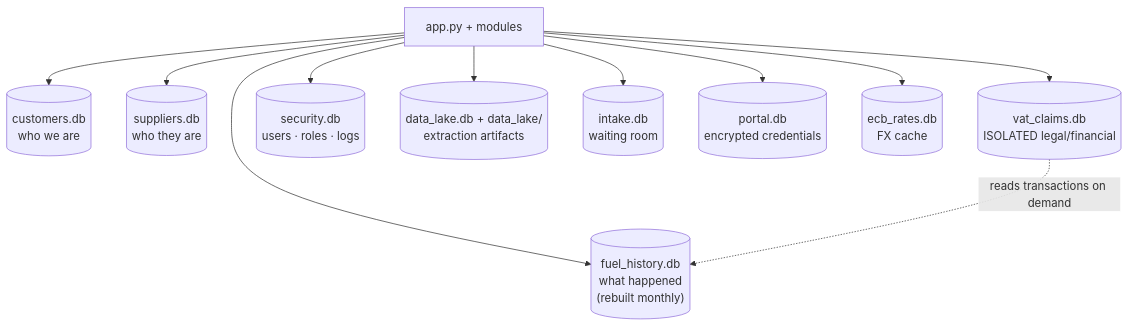
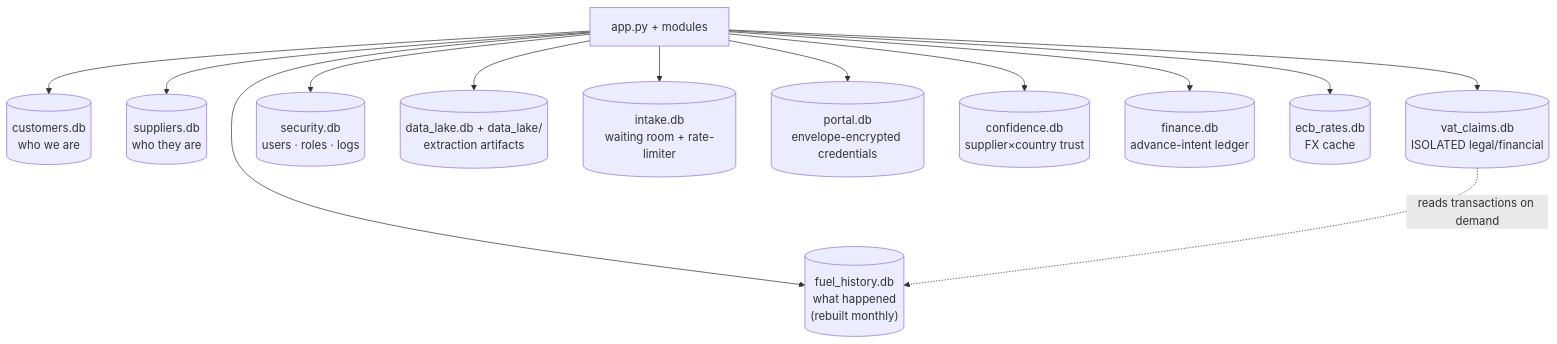
One commit to kristapsgoncoronoks-ship-it/Bid_it changed the sixth of 13 diagrams in docs/DIAGRAMS.md. Above: the diagram before and after it, drawn with Mermaid. The commit also changed other lines of this file and 6 other files, not shown here.

First line of the commit message:
docs: sync reference/architecture with this session + add FUTURE_PLAN

````diff
--- a/docs/DIAGRAMS.md
+++ b/docs/DIAGRAMS.md
@@ -188,14 +201,16 @@
 ```mermaid
 flowchart TB
     APP["app.py + modules"]
     APP --> C[("customers.db<br/>who we are")]
     APP --> S[("suppliers.db<br/>who they are")]
     APP --> F[("fuel_history.db<br/>what happened<br/>(rebuilt monthly)")]
     APP --> V[("vat_claims.db<br/>ISOLATED legal/financial")]
     APP --> SEC[("security.db<br/>users · roles · logs")]
     APP --> DL[("data_lake.db + data_lake/<br/>extraction artifacts")]
-    APP --> IN[("intake.db<br/>waiting room")]
-    APP --> P[("portal.db<br/>encrypted credentials")]
+    APP --> IN[("intake.db<br/>waiting room + rate-limiter")]
+    APP --> P[("portal.db<br/>envelope-encrypted credentials")]
+    APP --> CF[("confidence.db<br/>supplier×country trust")]
+    APP --> FN[("finance.db<br/>advance-intent ledger")]
     APP --> E[("ecb_rates.db<br/>FX cache")]
     V -. reads transactions on demand .-> F
 ```
````
